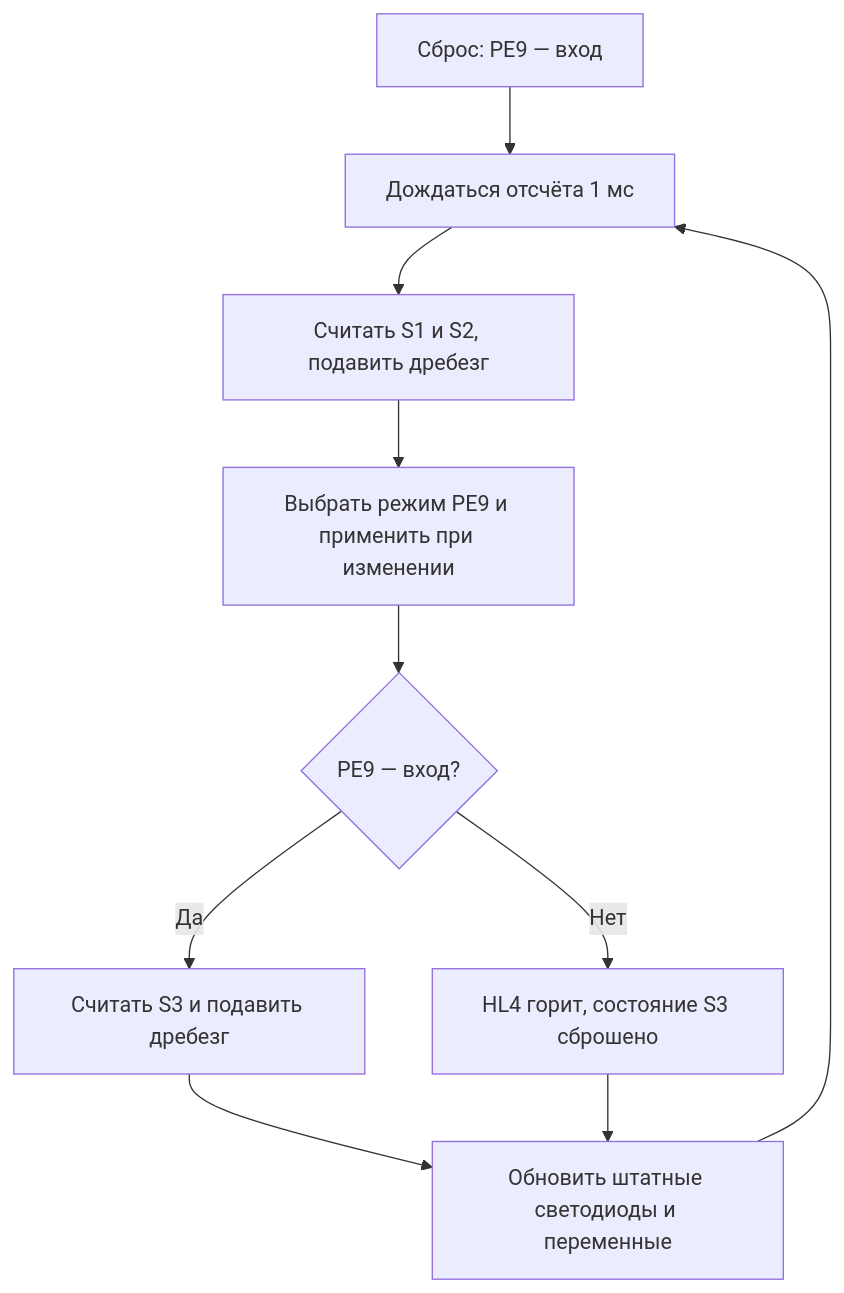
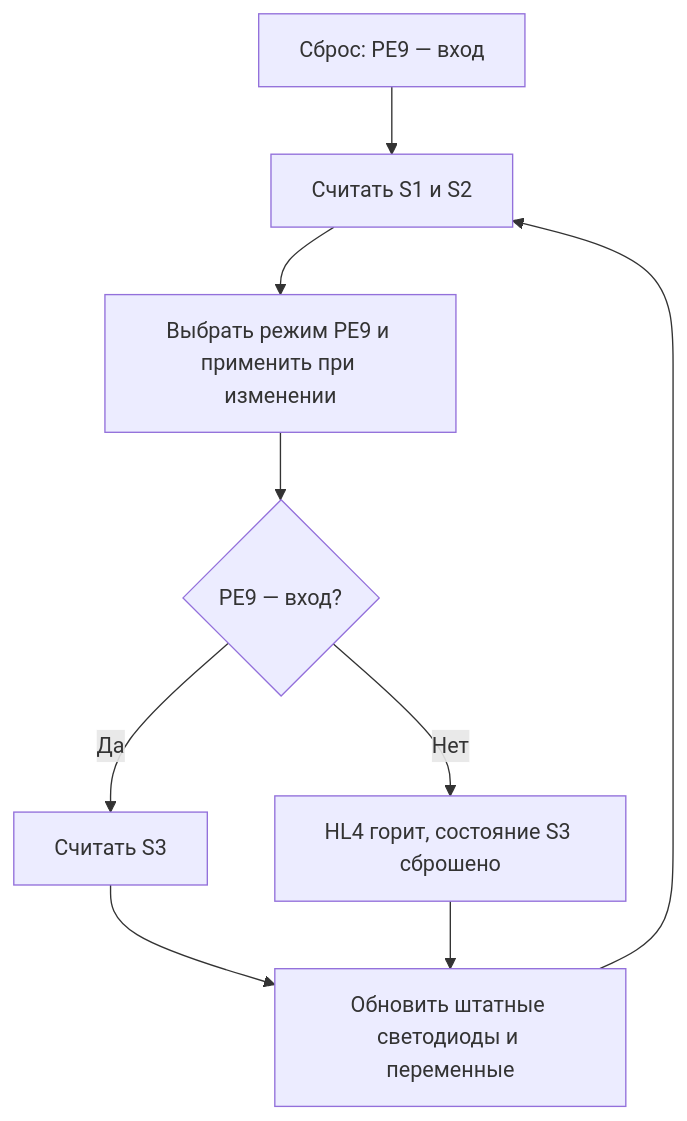
Before and after one commit to L-a-s-k-a/Laboratory_Practice: the diagram in README.md, drawn with Mermaid. The commit also changed other lines of this file and 9 other files, not shown here.

````diff
--- a/README.md
+++ b/README.md
@@ -56,12 +56,11 @@
 ```mermaid
 flowchart TD
-    A["Сброс: PE9 — вход"] --> B["Дождаться отсчёта 1 мс"]
-    B --> C["Считать S1 и S2, подавить дребезг"]
+    A["Сброс: PE9 — вход"] --> C["Считать S1 и S2"]
     C --> D["Выбрать режим PE9 и применить при изменении"]
     D --> E{"PE9 — вход?"}
-    E -->|Да| F["Считать S3 и подавить дребезг"]
+    E -->|Да| F["Считать S3"]
     E -->|Нет| G["HL4 горит, состояние S3 сброшено"]
     F --> H["Обновить штатные светодиоды и переменные"]
     G --> H
-    H --> B
+    H --> C
 ```
````
